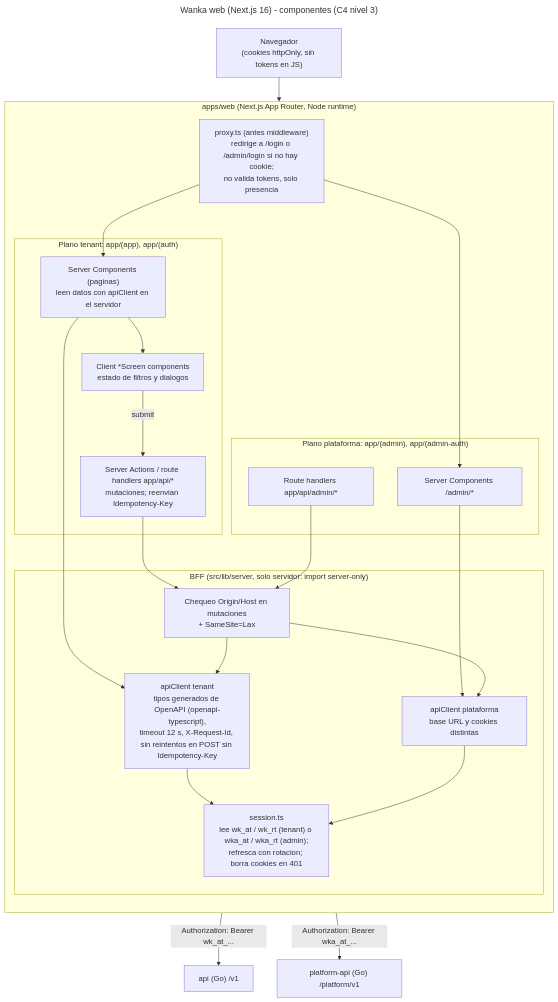
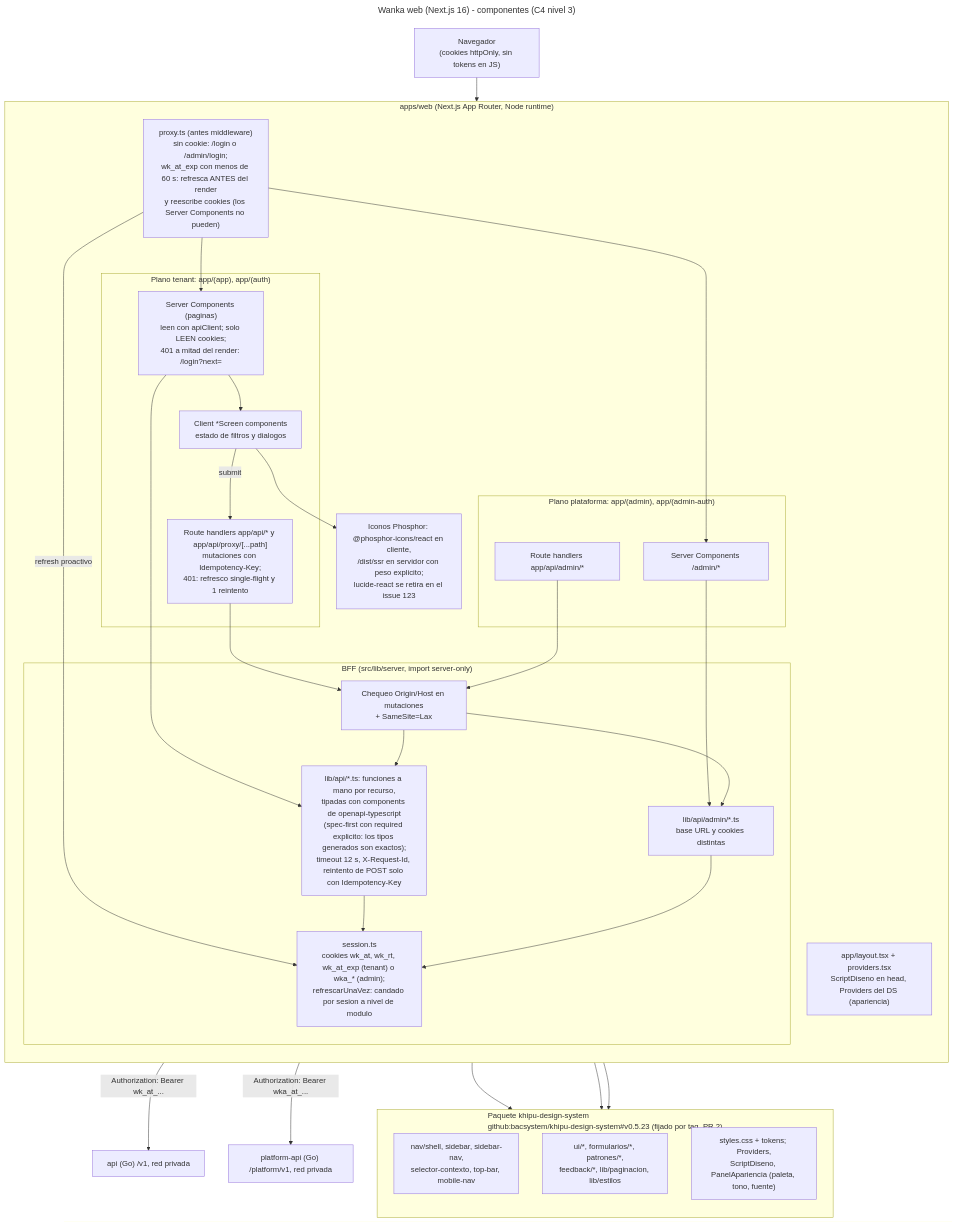
The diagram in docs/architecture/c4/04-components-web.mmd (bacsystem/wanka), drawn with Mermaid before and after one commit. The commit also changed 5 other files, not shown here.

First line of the commit message:
docs(architecture): refresh only in proxy.ts and route handlers; show khipu-design-system

```diff
--- a/docs/architecture/c4/04-components-web.mmd
+++ b/docs/architecture/c4/04-components-web.mmd
@@ -1,45 +1,59 @@
 ---
 title: Wanka web (Next.js 16) - componentes (C4 nivel 3)
 ---
 flowchart TB
   browser["Navegador<br/>(cookies httpOnly, sin tokens en JS)"]
 
+  subgraph ds["Paquete khipu-design-system<br/>github:bacsystem/khipu-design-system#v0.5.23 (fijado por tag, PR 2)"]
+    direction TB
+    dsShell["nav/shell, sidebar, sidebar-nav,<br/>selector-contexto, top-bar, mobile-nav"]
+    dsUi["ui/*, formularios/*, patrones/*,<br/>feedback/*, lib/paginacion, lib/estilos"]
+    dsTheme["styles.css + tokens; Providers,<br/>ScriptDiseno, PanelApariencia (paleta, tono, fuente)"]
+  end
+
   subgraph web["apps/web (Next.js App Router, Node runtime)"]
     direction TB
-    proxy["proxy.ts (antes middleware)<br/>redirige a /login o /admin/login si no hay cookie;<br/>no valida tokens, solo presencia"]
+    proxy["proxy.ts (antes middleware)<br/>sin cookie: /login o /admin/login;<br/>wk_at_exp con menos de 60 s: refresca ANTES del render<br/>y reescribe cookies (los Server Components no pueden)"]
+    providers["app/layout.tsx + providers.tsx<br/>ScriptDiseno en head, Providers del DS (apariencia)"]
+    icons["Iconos Phosphor: @phosphor-icons/react en cliente,<br/>/dist/ssr en servidor con peso explicito;<br/>lucide-react se retira en el issue 123"]
 
     subgraph tenantUi["Plano tenant: app/(app), app/(auth)"]
-      rsc["Server Components (paginas)<br/>leen datos con apiClient en el servidor"]
+      rsc["Server Components (paginas)<br/>leen con apiClient; solo LEEN cookies;<br/>401 a mitad del render: /login?next="]
       screens["Client *Screen components<br/>estado de filtros y dialogos"]
-      actions["Server Actions / route handlers app/api/*<br/>mutaciones; reenvian Idempotency-Key"]
+      actions["Route handlers app/api/* y app/api/proxy/[...path]<br/>mutaciones con Idempotency-Key;<br/>401: refresco single-flight y 1 reintento"]
     end
 
     subgraph adminUi["Plano plataforma: app/(admin), app/(admin-auth)"]
       adminRsc["Server Components /admin/*"]
       adminActions["Route handlers app/api/admin/*"]
     end
 
-    subgraph bff["BFF (src/lib/server, solo servidor: import server-only)"]
-      session["session.ts<br/>lee wk_at / wk_rt (tenant) o wka_at / wka_rt (admin);<br/>refresca con rotacion; borra cookies en 401"]
-      apiClient["apiClient tenant<br/>tipos generados de OpenAPI (openapi-typescript),<br/>timeout 12 s, X-Request-Id, sin reintentos en POST sin Idempotency-Key"]
-      adminClient["apiClient plataforma<br/>base URL y cookies distintas"]
+    subgraph bff["BFF (src/lib/server, import server-only)"]
+      session["session.ts<br/>cookies wk_at, wk_rt, wk_at_exp (tenant) o wka_* (admin);<br/>refrescarUnaVez: candado por sesion a nivel de modulo"]
+      apiClient["lib/api/*.ts: funciones a mano por recurso,<br/>tipadas con components de openapi-typescript<br/>(spec-first con required explicito: los tipos generados son exactos);<br/>timeout 12 s, X-Request-Id, reintento de POST solo con Idempotency-Key"]
+      adminClient["lib/api/admin/*.ts<br/>base URL y cookies distintas"]
       csrf["Chequeo Origin/Host en mutaciones<br/>+ SameSite=Lax"]
     end
   end
 
-  api["api (Go) /v1"]
-  papi["platform-api (Go) /platform/v1"]
+  api["api (Go) /v1, red privada"]
+  papi["platform-api (Go) /platform/v1, red privada"]
 
   browser --> proxy
+  proxy -->|"refresh proactivo"| session
   proxy --> rsc
   proxy --> adminRsc
+  providers --> dsTheme
+  rsc --> dsShell
+  screens --> dsUi
+  screens --> icons
   rsc --> screens
   screens -->|"submit"| actions
   rsc --> apiClient
   actions --> csrf --> apiClient
   adminRsc --> adminClient
   adminActions --> csrf --> adminClient
   apiClient --> session
   adminClient --> session
   apiClient -->|"Authorization: Bearer wk_at_..."| api
   adminClient -->|"Authorization: Bearer wka_at_..."| papi
```
